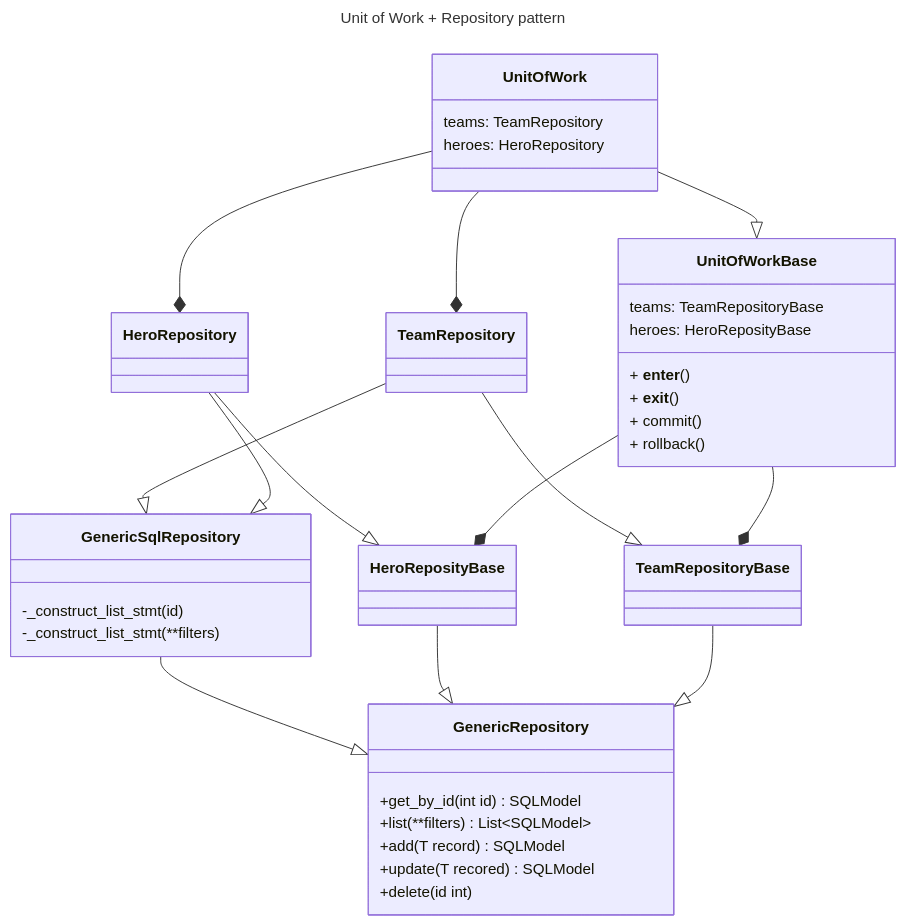
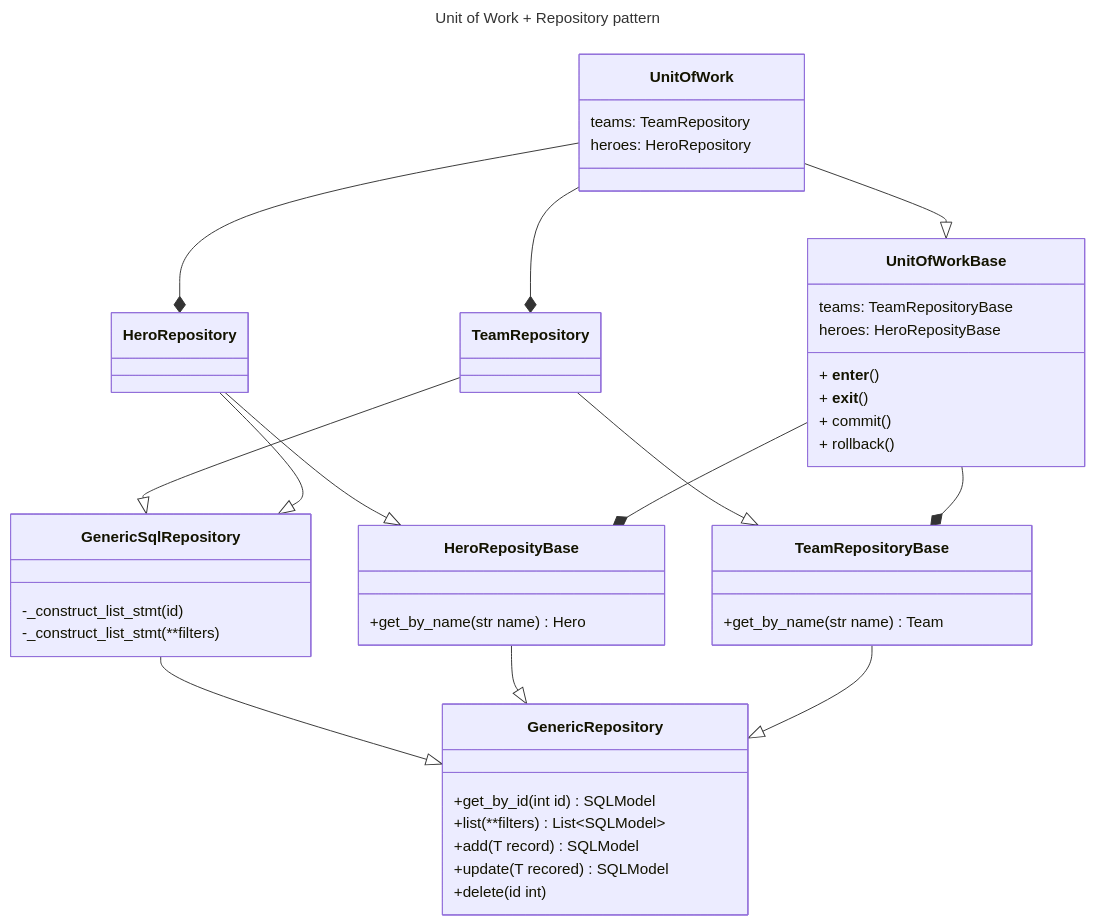
The diagram in README.md (manukanne/sqlmodel-repository-pattern), drawn with Mermaid before and after one commit.

Commit message:
update readme class diagram

````diff
--- a/README.md
+++ b/README.md
@@ -4,58 +4,59 @@
 ```mermaid
 ---
 title: Unit of Work + Repository pattern
 ---
 classDiagram
      direction BT
     GenericRepository <|--GenericSqlRepository
     GenericRepository <|-- HeroReposityBase
     GenericRepository <|-- TeamRepositoryBase
 
     GenericSqlRepository <|-- TeamRepository
     TeamRepositoryBase <|-- TeamRepository
     GenericSqlRepository <|-- HeroRepository
     HeroReposityBase <|-- HeroRepository
 
     UnitOfWorkBase <|-- UnitOfWork
     HeroReposityBase *-- UnitOfWorkBase
     TeamRepositoryBase *-- UnitOfWorkBase
 
     HeroRepository *--UnitOfWork
     TeamRepository *--UnitOfWork
 
     class GenericRepository~SQLModel~{
         +get_by_id(int id) SQLModel
         +list(**filters) List~SQLModel~
         +add(T record) SQLModel
         +update(T recored) SQLModel
         +delete(id int)
     }
 
     class GenericSqlRepository~SQLModel~{
         -_construct_list_stmt(id)
         -_construct_list_stmt(**filters)
     }
     class HeroReposityBase{
-        
+        +get_by_name(str name) Hero
     }
     class HeroRepository{
 
     }
     class TeamRepositoryBase{
+        +get_by_name(str name) Team
     }
     class TeamRepository{
     }
     class UnitOfWorkBase{
         teams: TeamRepositoryBase
         heroes: HeroReposityBase
         + __enter__()
         + __exit__()
         + commit()
         + rollback()
     }
     class UnitOfWork{
         teams: TeamRepository
         heroes: HeroRepository
     }
 
 ```
````
